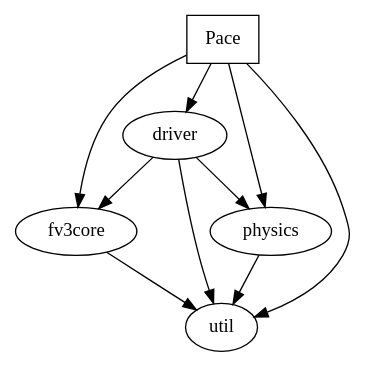
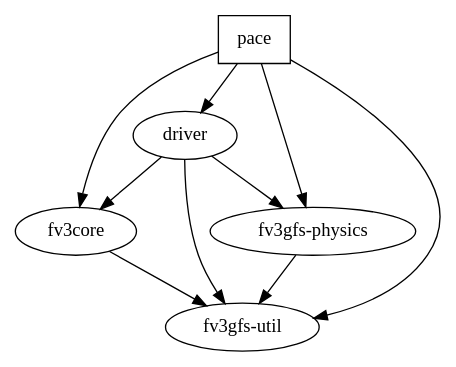
The diagram in dependencies.dot (ai2cm/pace), drawn with Graphviz before and after one commit. The commit also changed 4 other files, not shown here.

First line of the commit message:
Add script to check if package or its dependencies have changed for tests (#9)

```diff
--- a/dependencies.dot
+++ b/dependencies.dot
@@ -1,18 +1,24 @@
+# this dotfile is used as a reference source for project dependencies
+# each folder entry must have a "label" equal to its directory name
+#
+# If you update this file, please re-generate the svg with `make dependencies.svg`
+# and commit it to the repository
+
 digraph {
-  Pace [shape=box]
-  fv3core [shape=oval]
-  driver [shape=oval]
-  physics [shape=oval]
-  util [shape=oval]
+  pace [shape=box]
+  fv3core [shape=oval, label="fv3core"]
+  driver [shape=oval, label="driver"]
+  physics [shape=oval, label="fv3gfs-physics"]
+  util [shape=oval, label="fv3gfs-util"]
   
-  Pace -> fv3core
-  Pace -> physics
-  Pace -> util
-  Pace -> driver
+  pace -> fv3core
+  pace -> physics
+  pace -> util
+  pace -> driver
   driver -> fv3core
   driver -> physics
   driver -> util
   fv3core -> util
   physics -> util
 
 }
```
